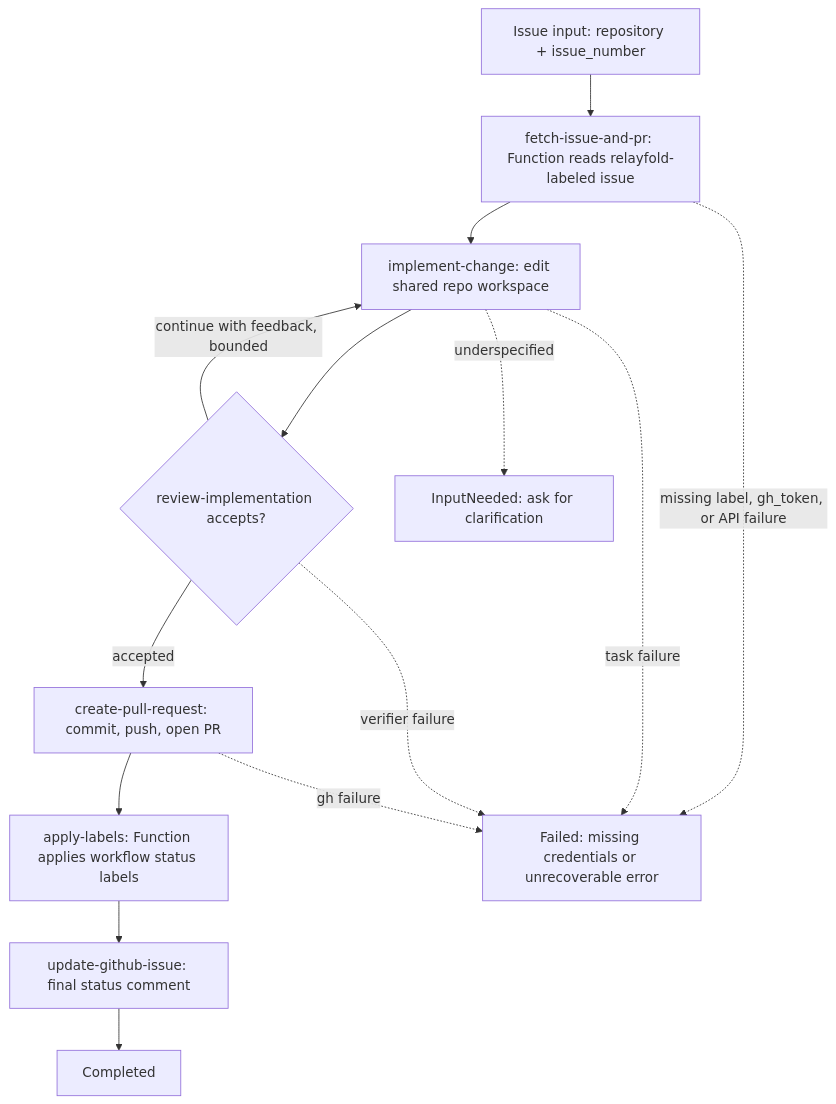
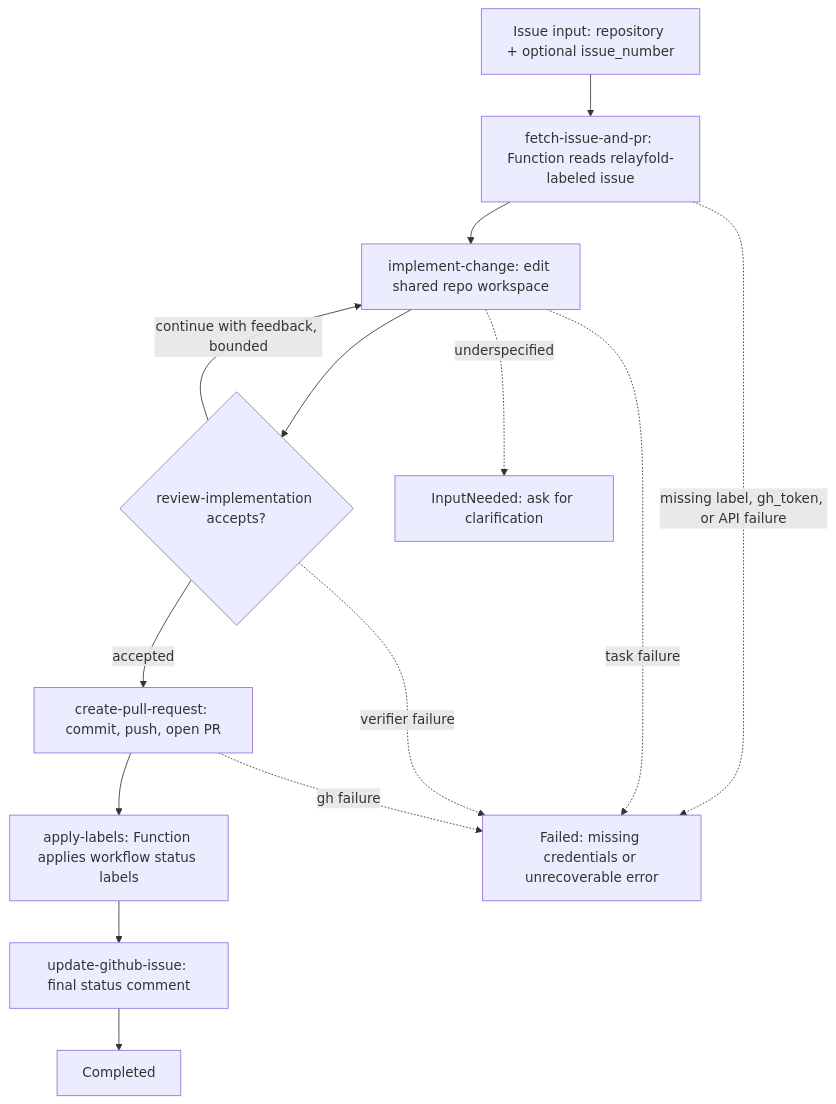
The diagram in website/src/content/docs/docs/examples/github-issue-pr-workflow.md (parsablelabs/relayfold), drawn with Mermaid before and after one commit. The commit also changed other lines of this file and 11 other files, not shown here.

```diff
--- a/website/src/content/docs/docs/examples/github-issue-pr-workflow.md
+++ b/website/src/content/docs/docs/examples/github-issue-pr-workflow.md
@@ -51,26 +62,26 @@
 <pre class="mermaid">
 flowchart TD
-    Input["Issue input: repository + issue_number"]
+    Input["Issue input: repository + optional issue_number"]
     Fetch["fetch-issue-and-pr: Function reads relayfold-labeled issue"]
     Implement["implement-change: edit shared repo workspace"]
     Review{"review-implementation accepts?"}
     PR["create-pull-request: commit, push, open PR"]
     Mark["apply-labels: Function applies workflow status labels"]
     Comment["update-github-issue: final status comment"]
     Done["Completed"]
     Clarify["InputNeeded: ask for clarification"]
     Failed["Failed: missing credentials or unrecoverable error"]
     Input --> Fetch
     Fetch --> Implement
     Implement --> Review
     Review -->|continue with feedback, bounded| Implement
     Review -->|accepted| PR
     PR --> Mark
     Mark --> Comment
     Comment --> Done
     Implement -. underspecified .-> Clarify
     Fetch -. missing label, gh_token, or API failure .-> Failed
     Implement -. task failure .-> Failed
     Review -. verifier failure .-> Failed
     PR -. gh failure .-> Failed
 </pre>
```
